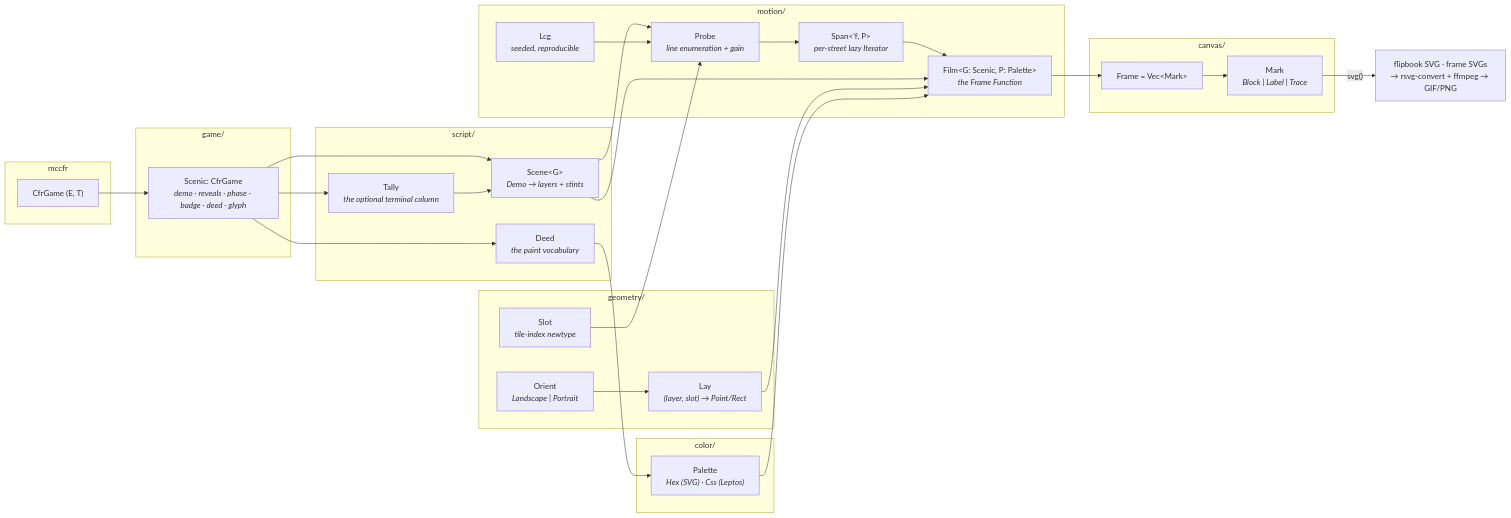
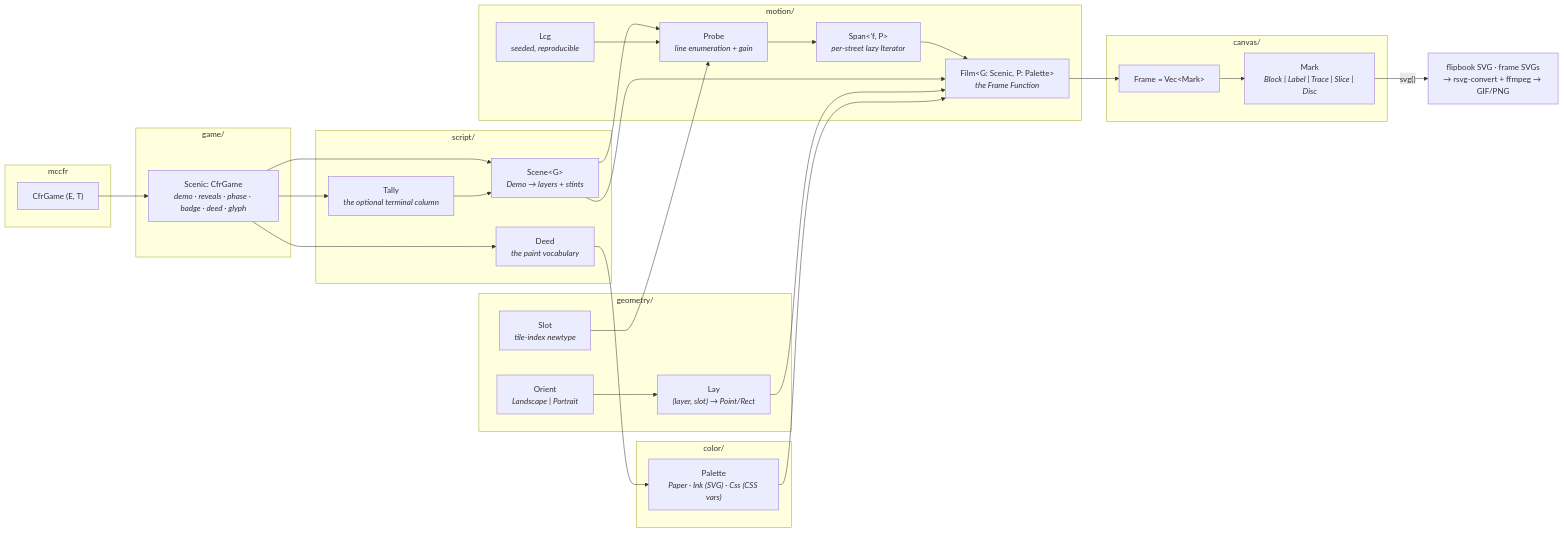
Before and after one commit to krukah/robopoker: the diagram in crates/reel/README.md, drawn with Mermaid. The commit also changed other lines of this file and 99 other files, not shown here.

````diff
--- a/crates/reel/README.md
+++ b/crates/reel/README.md
@@ -10,48 +11,48 @@
 ```mermaid
 flowchart LR
   subgraph mccfr
     game["CfrGame (E, T)"]
   end
   subgraph gamedir ["game/"]
     scenic["Scenic: CfrGame<br/><i>demo · reveals · phase · badge · deed · glyph</i>"]
   end
   subgraph script ["script/"]
     scene["Scene&lt;G&gt;<br/><i>Demo → layers + stints</i>"]
     deed["Deed<br/><i>the paint vocabulary</i>"]
     tally["Tally<br/><i>the optional terminal column</i>"]
   end
   subgraph geometry ["geometry/"]
     slot["Slot<br/><i>tile-index newtype</i>"]
     orient["Orient<br/><i>Landscape | Portrait</i>"]
     lay["Lay<br/><i>(layer, slot) → Point/Rect</i>"]
   end
   subgraph motion ["motion/"]
     lcg["Lcg<br/><i>seeded, reproducible</i>"]
     probe["Probe<br/><i>line enumeration + gain</i>"]
     film["Film&lt;G: Scenic, P: Palette&gt;<br/><i>the Frame Function</i>"]
     span["Span&lt;'f, P&gt;<br/><i>per-street lazy Iterator</i>"]
   end
   subgraph canvas ["canvas/"]
     frame["Frame = Vec&lt;Mark&gt;"]
-    mark["Mark<br/><i>Block | Label | Trace</i>"]
+    mark["Mark<br/><i>Block | Label | Trace | Slice | Disc</i>"]
   end
   subgraph color ["color/"]
-    paint["Palette<br/><i>Hex (SVG) · Css (Leptos)</i>"]
+    paint["Palette<br/><i>Paper · Ink (SVG) · Css (CSS vars)</i>"]
   end
   game --> scenic
   scenic --> scene
   scenic --> tally --> scene
   scenic --> deed --> paint
   scene --> probe
   lcg --> probe
   slot --> probe
   probe --> span
   span --> film
   scene --> film
   orient --> lay
   lay --> film
   paint --> film
   film --> frame
   frame --> mark
   mark -->|"svg()"| out["flipbook SVG · frame SVGs<br/>→ rsvg-convert + ffmpeg → GIF/PNG"]
 ```
````
